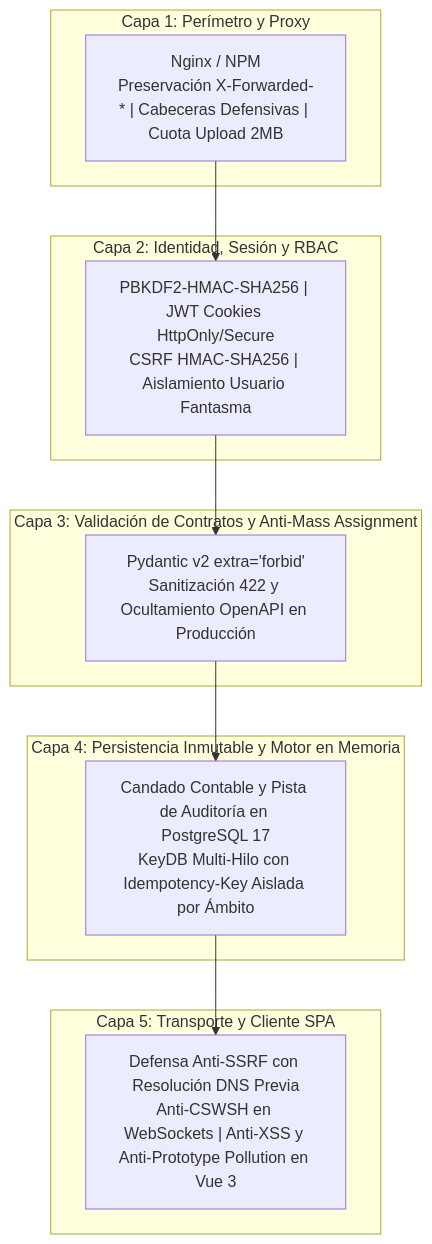
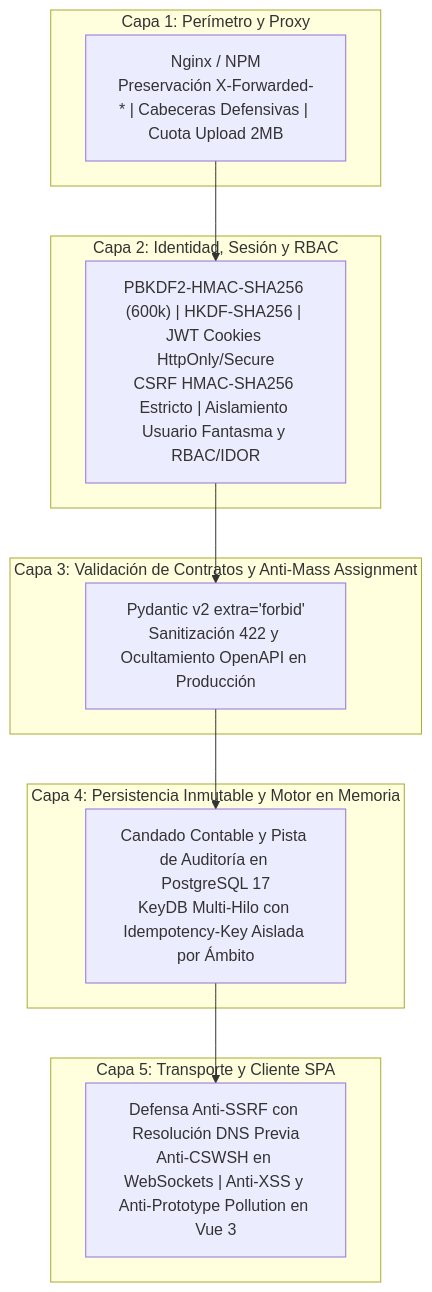
Before and after one commit to tecno-consultores/condominio-app: the diagram in SECURITY.md, drawn with Mermaid. The commit also changed other lines of this file and 48 other files, not shown here.

Commit message:
feat(security): completar Hito 20 defensa PG17 RLS, HKDF/JWT, KeyDB fail-closed y RBAC/IDOR

````diff
--- a/SECURITY.md
+++ b/SECURITY.md
@@ -33,24 +33,24 @@
 ```mermaid
 flowchart TD
     subgraph "Capa 1: Perímetro y Proxy"
         L1["Nginx / NPM<br>Preservación X-Forwarded-* | Cabeceras Defensivas | Cuota Upload 2MB"]
     end
 
     subgraph "Capa 2: Identidad, Sesión y RBAC"
-        L2["PBKDF2-HMAC-SHA256 | JWT Cookies HttpOnly/Secure<br>CSRF HMAC-SHA256 | Aislamiento Usuario Fantasma"]
+        L2["PBKDF2-HMAC-SHA256 (600k) | HKDF-SHA256 | JWT Cookies HttpOnly/Secure<br>CSRF HMAC-SHA256 Estricto | Aislamiento Usuario Fantasma y RBAC/IDOR"]
     end
 
     subgraph "Capa 3: Validación de Contratos y Anti-Mass Assignment"
         L3["Pydantic v2 extra='forbid'<br>Sanitización 422 y Ocultamiento OpenAPI en Producción"]
     end
 
     subgraph "Capa 4: Persistencia Inmutable y Motor en Memoria"
         L4["Candado Contable y Pista de Auditoría en PostgreSQL 17<br>KeyDB Multi-Hilo con Idempotency-Key Aislada por Ámbito"]
     end
 
     subgraph "Capa 5: Transporte y Cliente SPA"
         L5["Defensa Anti-SSRF con Resolución DNS Previa<br>Anti-CSWSH en WebSockets | Anti-XSS y Anti-Prototype Pollution en Vue 3"]
     end
 
     L1 --> L2 --> L3 --> L4 --> L5
 ```
````
